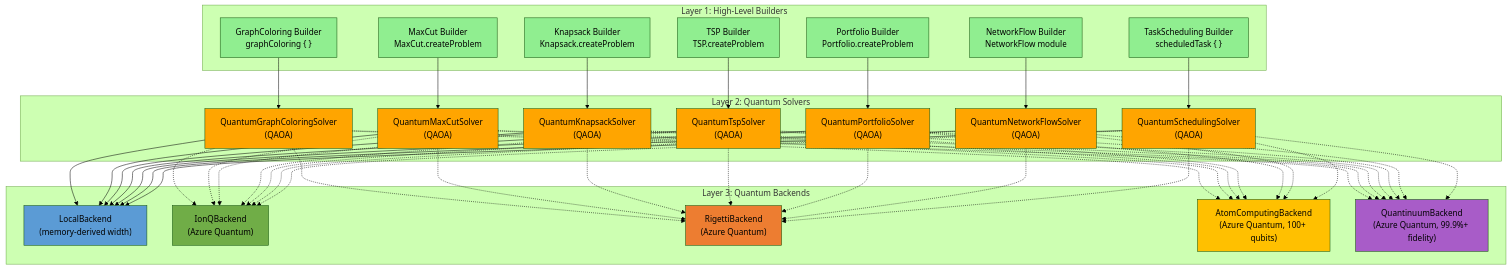
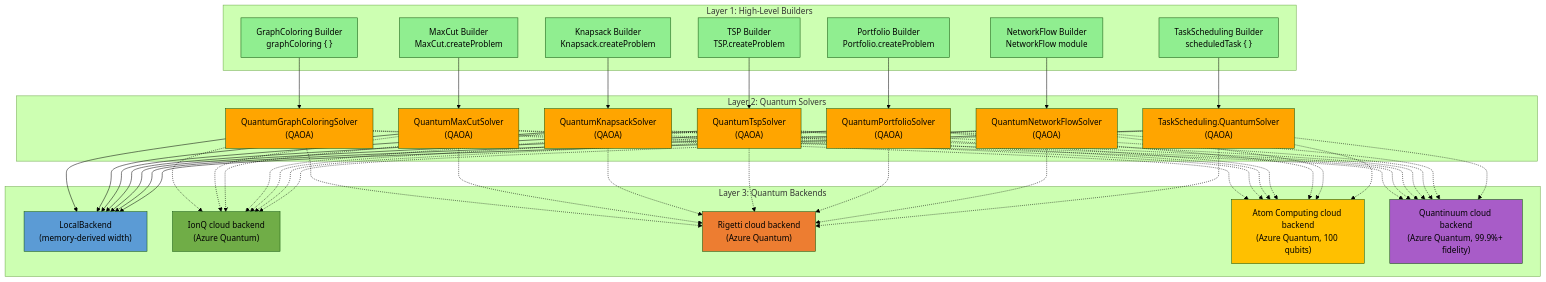
The second of 2 diagrams in README.md (Thorium/FSharp.Azure.Quantum), drawn with Mermaid (forest theme) before and after one commit. The commit also changed other lines of this file and 235 other files, not shown here.

```diff
--- a/README.md
+++ b/README.md
@@ -1342,15 +1389,15 @@
         QTS["QuantumTspSolver<br/>(QAOA)"]
         QPO["QuantumPortfolioSolver<br/>(QAOA)"]
         QNF["QuantumNetworkFlowSolver<br/>(QAOA)"]
-        QSCHED["QuantumSchedulingSolver<br/>(QAOA)"]
+        QSCHED["TaskScheduling.QuantumSolver<br/>(QAOA)"]
     end
     
     subgraph "Layer 3: Quantum Backends"
         LOCAL["LocalBackend<br/>(memory-derived width)"]
-        IONQ["IonQBackend<br/>(Azure Quantum)"]
-        RIGETTI["RigettiBackend<br/>(Azure Quantum)"]
-        ATOM["AtomComputingBackend<br/>(Azure Quantum, 100+ qubits)"]
-        QUANTINUUM["QuantinuumBackend<br/>(Azure Quantum, 99.9%+ fidelity)"]
+        IONQ["IonQ cloud backend<br/>(Azure Quantum)"]
+        RIGETTI["Rigetti cloud backend<br/>(Azure Quantum)"]
+        ATOM["Atom Computing cloud backend<br/>(Azure Quantum, 100 qubits)"]
+        QUANTINUUM["Quantinuum cloud backend<br/>(Azure Quantum, 99.9%+ fidelity)"]
     end
     
     GC --> QGC
```
